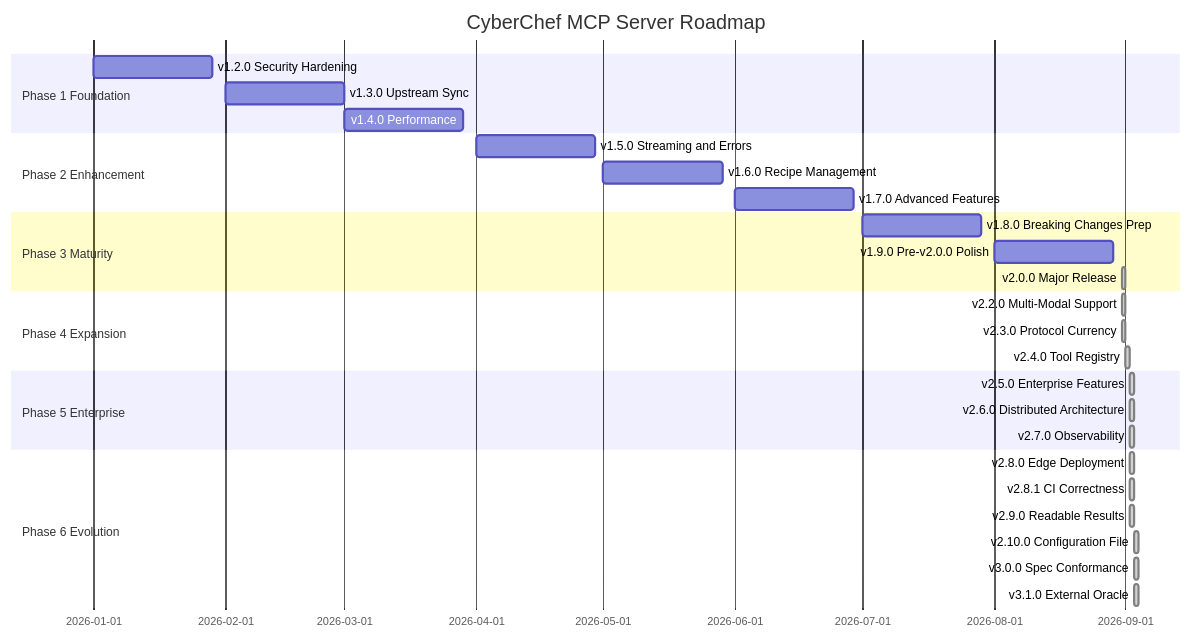
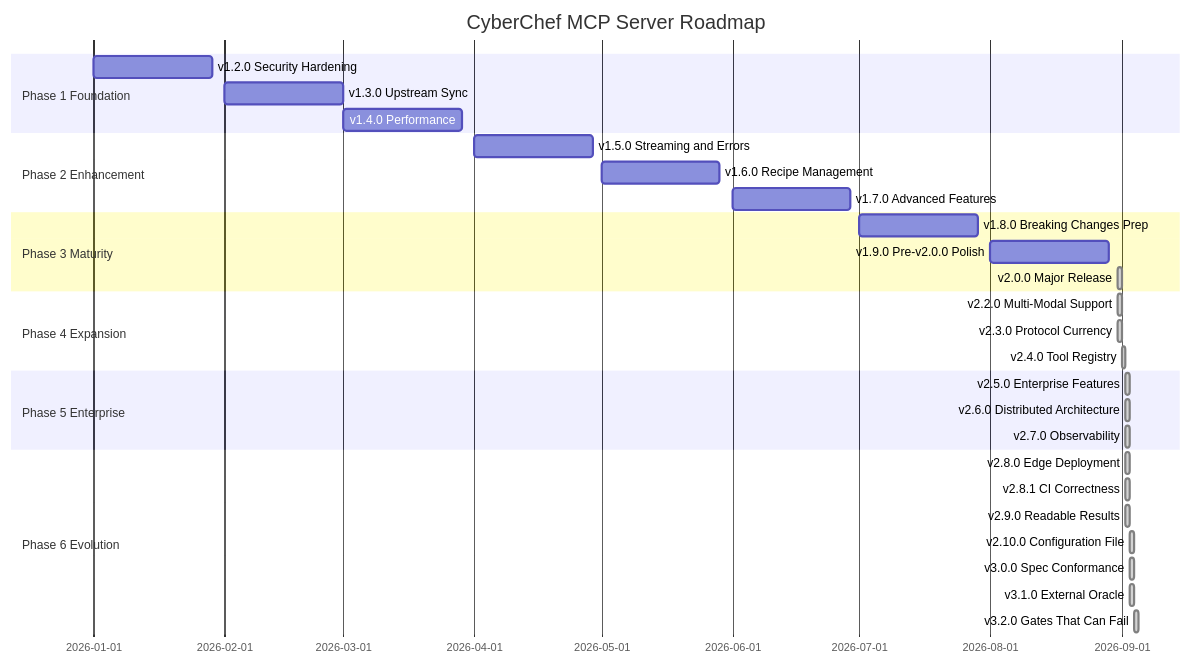
The diagram in docs/planning/ROADMAP.md (doublegate/CyberChef-MCP), drawn with Mermaid before and after one commit. The commit also changed other lines of this file and 3 other files, not shown here.

First line of the commit message:
docs(planning): close the v3.2.0 charter, and carry forward what did not ship

````diff
--- a/docs/planning/ROADMAP.md
+++ b/docs/planning/ROADMAP.md
@@ -67,32 +67,33 @@
 ```mermaid
 gantt
     title CyberChef MCP Server Roadmap
     dateFormat YYYY-MM-DD
     section Phase 1 Foundation
     v1.2.0 Security Hardening           :2026-01-01, 4w
     v1.3.0 Upstream Sync                :2026-02-01, 4w
     v1.4.0 Performance                  :2026-03-01, 4w
     section Phase 2 Enhancement
     v1.5.0 Streaming and Errors         :2026-04-01, 4w
     v1.6.0 Recipe Management            :2026-05-01, 4w
     v1.7.0 Advanced Features            :2026-06-01, 4w
     section Phase 3 Maturity
     v1.8.0 Breaking Changes Prep        :2026-07-01, 4w
     v1.9.0 Pre-v2.0.0 Polish            :2026-08-01, 4w
     v2.0.0 Major Release                :done, 2026-08-31, 1d
     section Phase 4 Expansion
     v2.2.0 Multi-Modal Support          :done, 2026-08-31, 1d
     v2.3.0 Protocol Currency            :done, 2026-08-31, 1d
     v2.4.0 Tool Registry                :done, 2026-09-01, 1d
     section Phase 5 Enterprise
     v2.5.0 Enterprise Features          :done, 2026-09-02, 1d
     v2.6.0 Distributed Architecture     :done, 2026-09-02, 1d
     v2.7.0 Observability                :done, 2026-09-02, 1d
     section Phase 6 Evolution
     v2.8.0 Edge Deployment              :done, 2026-09-02, 1d
     v2.8.1 CI Correctness               :done, 2026-09-02, 1d
     v2.9.0 Readable Results             :done, 2026-09-02, 1d
     v2.10.0 Configuration File          :done, 2026-09-03, 1d
     v3.0.0 Spec Conformance             :done, 2026-09-03, 1d
     v3.1.0 External Oracle              :done, 2026-09-03, 1d
+    v3.2.0 Gates That Can Fail          :done, 2026-09-04, 1d
 ```
````
